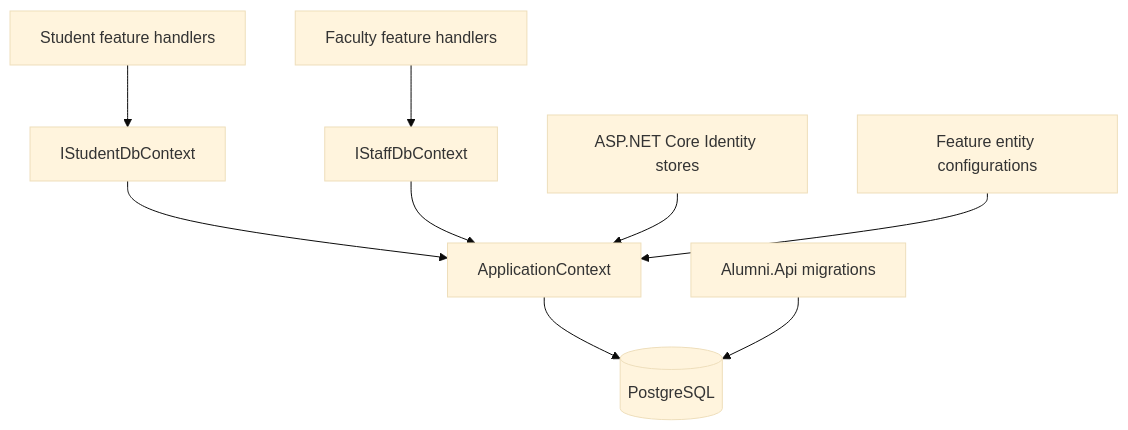
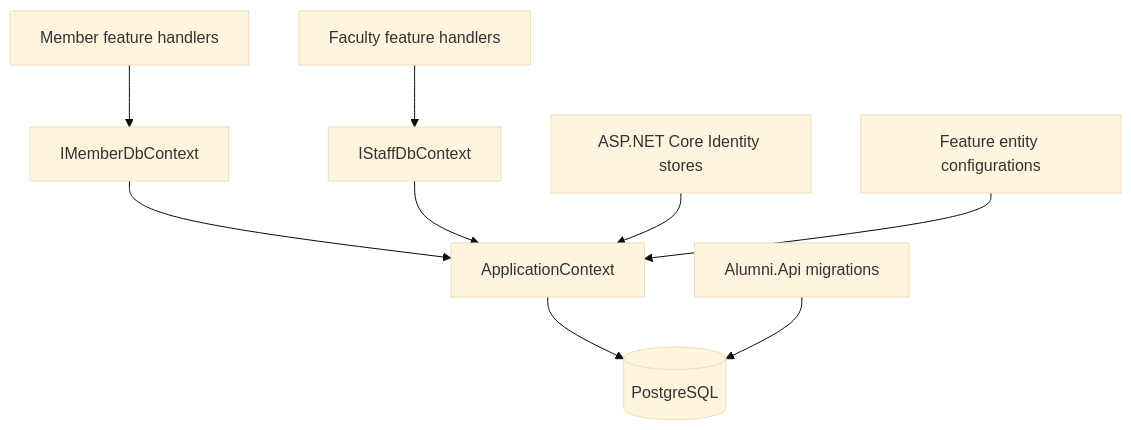
The diagram in docs/Persistence-and-Migrations.md (MihirJayavant/AlumniService), drawn with Mermaid (base theme) before and after one commit. The commit also changed other lines of this file and 168 other files, not shown here.

````diff
--- a/docs/Persistence-and-Migrations.md
+++ b/docs/Persistence-and-Migrations.md
@@ -9,11 +9,11 @@
 ```mermaid
 flowchart TD
-    SH[Student feature handlers] --> SI[IStudentDbContext]
+    SH[Member feature handlers] --> SI[IMemberDbContext]
     FH[Faculty feature handlers] --> FI[IStaffDbContext]
     SI --> AC[ApplicationContext]
     FI --> AC
     ID[ASP.NET Core Identity stores] --> AC
     AC --> PG[(PostgreSQL)]
     SC[Feature entity configurations] --> AC
     MG[Alumni.Api migrations] --> PG
 ```
````
